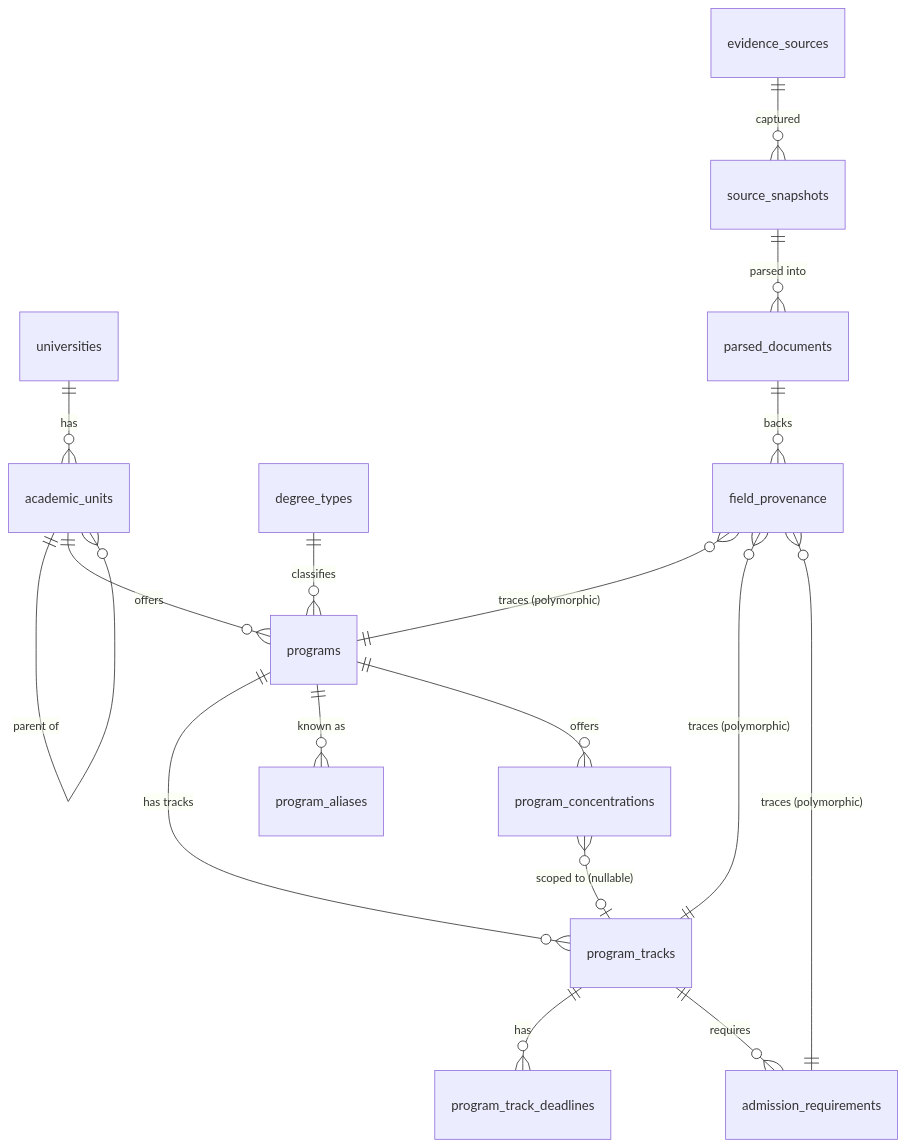
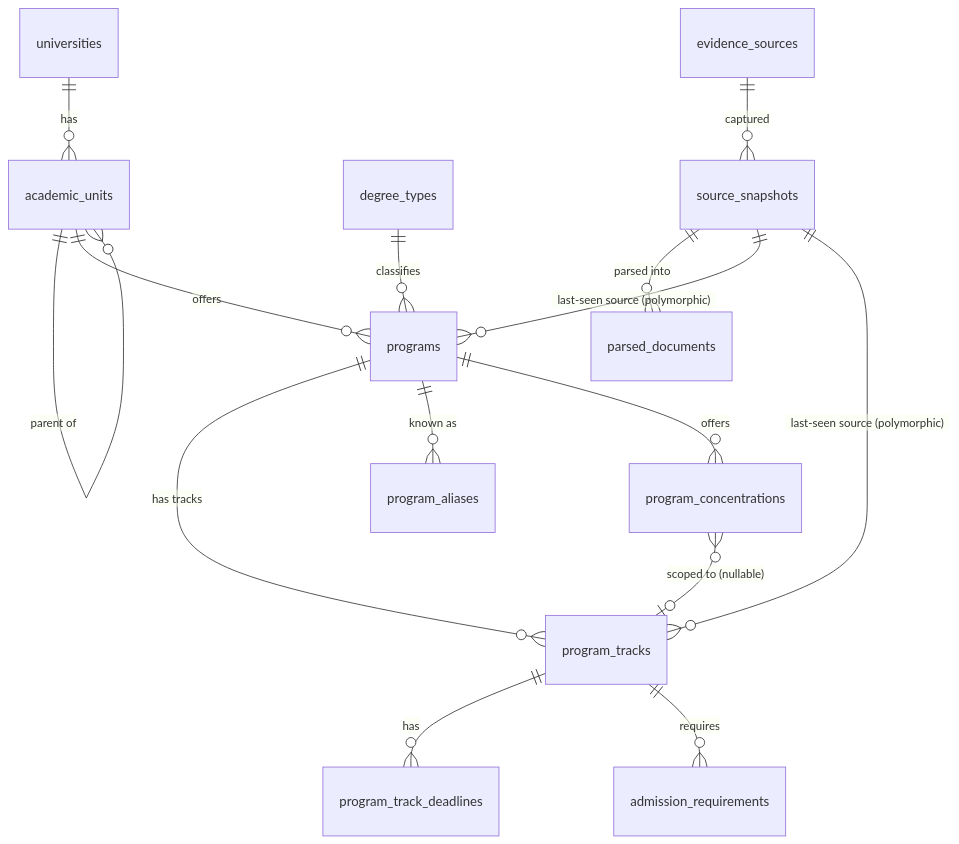
One commit to xiaofengchen66/us-grad-recommender changed the diagram in docs/PHASE_2_CATALOG_DESIGN.md. Above: the diagram before and after it, drawn with Mermaid. The commit also changed other lines of this file, not shown here.

````diff
--- a/docs/PHASE_2_CATALOG_DESIGN.md
+++ b/docs/PHASE_2_CATALOG_DESIGN.md
@@ -37,20 +43,18 @@
 ```mermaid
 erDiagram
     universities ||--o{ academic_units : has
     academic_units ||--o{ academic_units : "parent of"
     academic_units ||--o{ programs : offers
     degree_types ||--o{ programs : classifies
     programs ||--o{ program_tracks : "has tracks"
     programs ||--o{ program_aliases : "known as"
     programs ||--o{ program_concentrations : offers
     program_tracks ||--o{ program_track_deadlines : has
     program_tracks ||--o{ admission_requirements : requires
     program_concentrations }o--o| program_tracks : "scoped to (nullable)"
 
     evidence_sources ||--o{ source_snapshots : captured
     source_snapshots ||--o{ parsed_documents : "parsed into"
-    parsed_documents ||--o{ field_provenance : "backs"
-    field_provenance }o--|| programs : "traces (polymorphic)"
-    field_provenance }o--|| program_tracks : "traces (polymorphic)"
-    field_provenance }o--|| admission_requirements : "traces (polymorphic)"
+    source_snapshots ||--o{ programs : "last-seen source (polymorphic)"
+    source_snapshots ||--o{ program_tracks : "last-seen source (polymorphic)"
 ```
````
